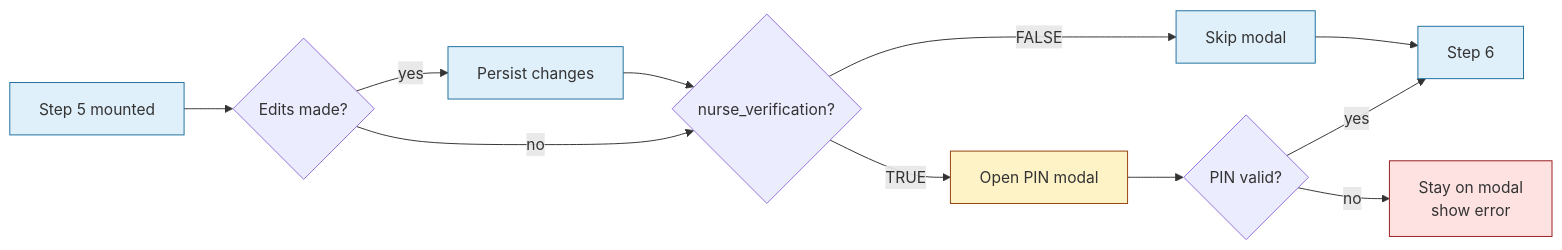
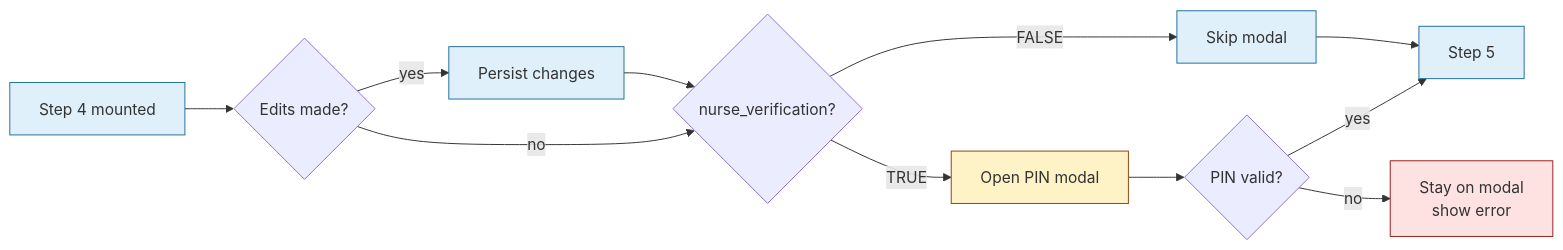
Before and after one commit to LuckyDaWizard/3rd-Party-Booking-System: the second of 6 diagrams in booking-app/content/reports/booking-flow.mdx, drawn with Mermaid. The commit also changed other lines of this file and 20 other files, not shown here.

````diff
--- a/booking-app/content/reports/booking-flow.mdx
+++ b/booking-app/content/reports/booking-flow.mdx
@@ -249,20 +216,20 @@
 ```mermaid
 flowchart LR
-    A[Step 5 mounted] --> B{Edits made?}
+    A[Step 4 mounted] --> B{Edits made?}
     B -->|yes| C[Persist changes]
     B -->|no| D{nurse_verification?}
     C --> D
     D -->|TRUE| E[Open PIN modal]
     D -->|FALSE| F[Skip modal]
     E --> G{PIN valid?}
-    G -->|yes| H[Step 6]
+    G -->|yes| H[Step 5]
     G -->|no| I[Stay on modal<br/>show error]
     F --> H
 
     classDef brand fill:#e0f0fa,stroke:#1f6f9d;
     classDef warn fill:#fef3c7,stroke:#92400e;
     classDef err fill:#fee2e2,stroke:#991b1b;
     class A,C,F,H brand;
     class E warn;
     class I err;
 ```
````
